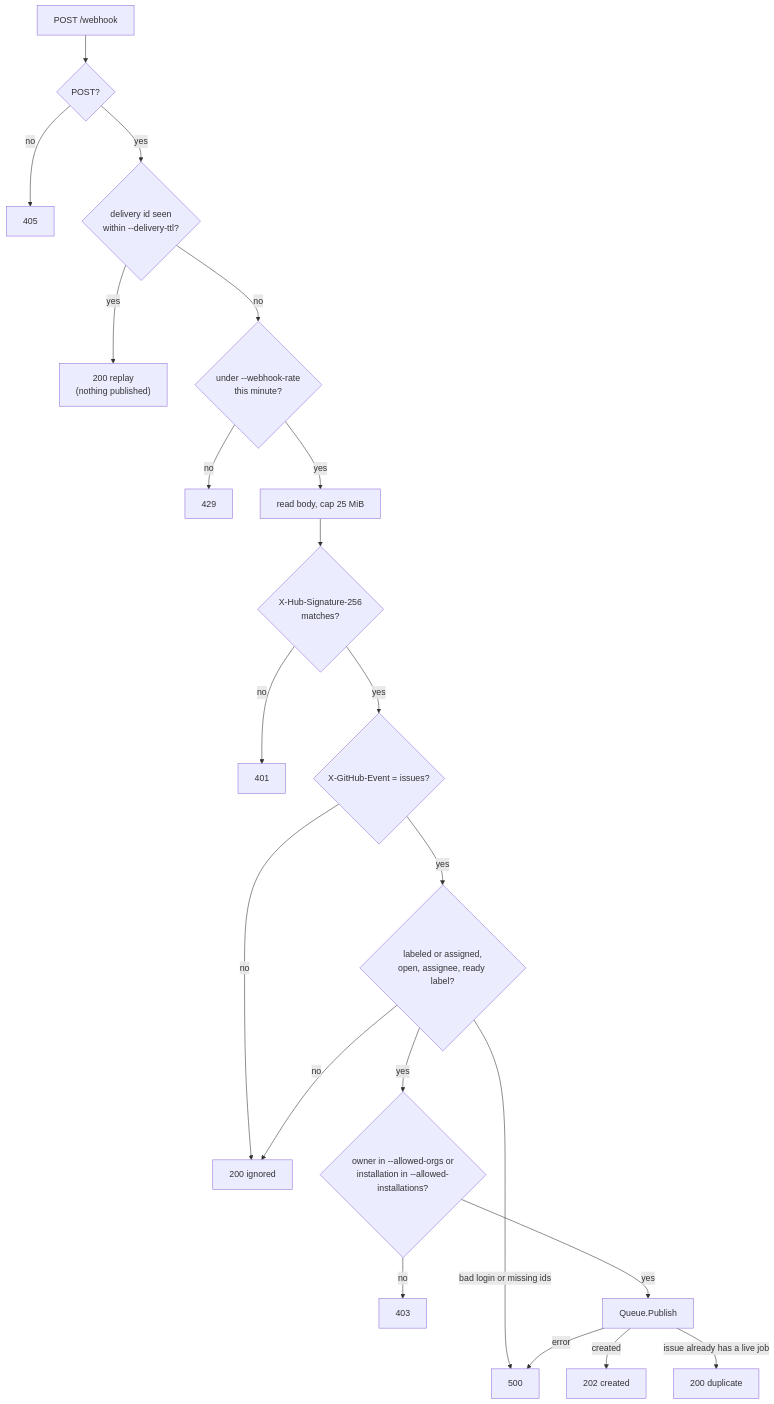
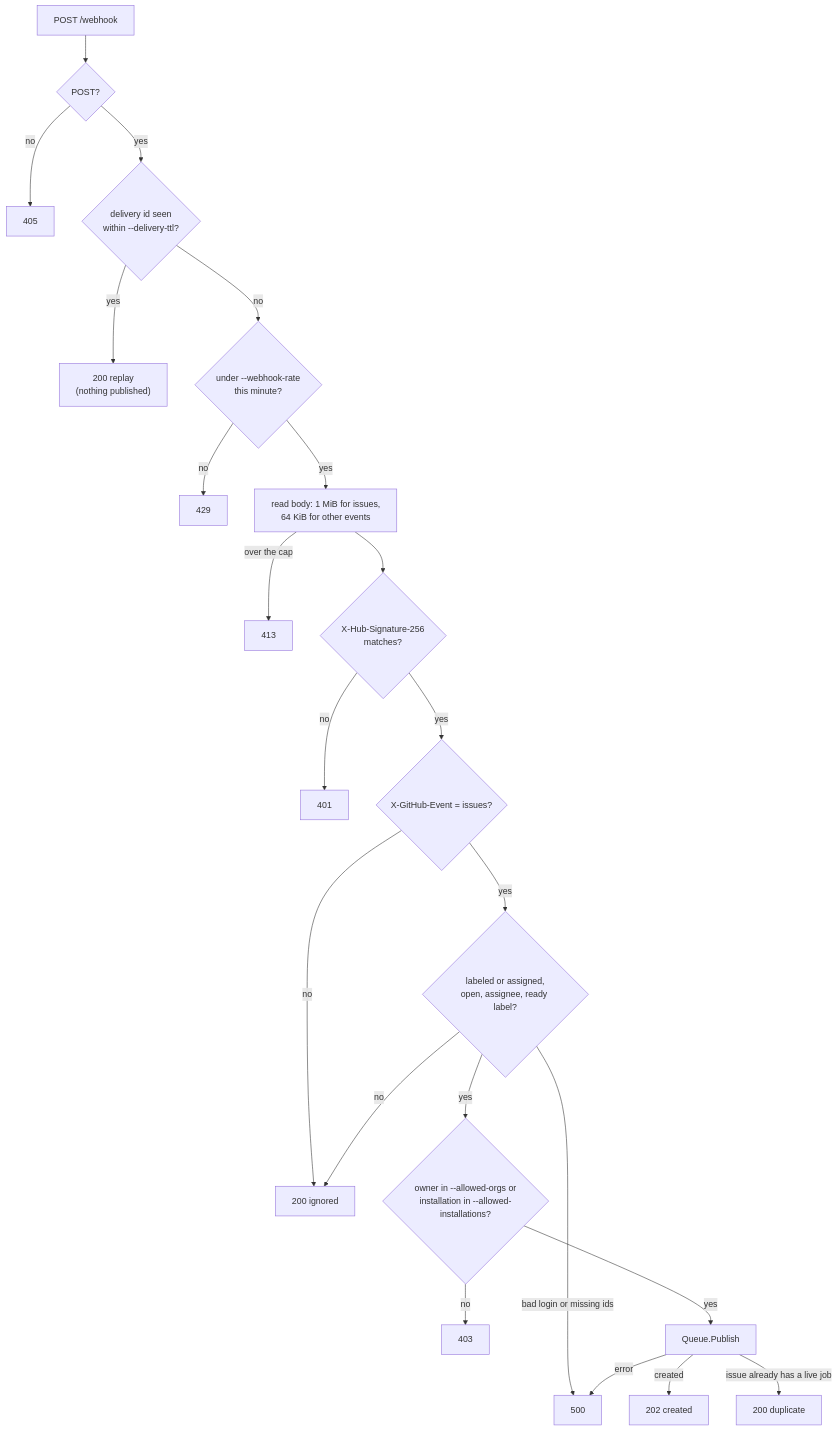
One commit to autobutler-org/schmeide changed the first of 2 diagrams in docs/architecture/control-node.md. Above: the diagram before and after it, drawn with Mermaid. The commit also changed other lines of this file and 6 other files, not shown here.

````diff
--- a/docs/architecture/control-node.md
+++ b/docs/architecture/control-node.md
@@ -63,23 +63,24 @@
 ```mermaid
 flowchart TD
     req["POST /webhook"] --> method{"POST?"}
     method -- no --> m405["405"]
     method -- yes --> replay{"delivery id seen<br/>within --delivery-ttl?"}
     replay -- yes --> r200["200 replay<br/>(nothing published)"]
     replay -- no --> rate{"under --webhook-rate<br/>this minute?"}
     rate -- no --> r429["429"]
-    rate -- yes --> body["read body, cap 25 MiB"]
+    rate -- yes --> body["read body: 1 MiB for issues,<br/>64 KiB for other events"]
+    body -- "over the cap" --> r413["413"]
     body --> sig{"X-Hub-Signature-256<br/>matches?"}
     sig -- no --> r401["401"]
     sig -- yes --> ev{"X-GitHub-Event = issues?"}
     ev -- no --> ign["200 ignored"]
     ev -- yes --> job{"labeled or assigned,<br/>open, assignee, ready label?"}
     job -- no --> ign
     job -- "bad login or missing ids" --> r500["500"]
     job -- yes --> allow{"owner in --allowed-orgs or<br/>installation in --allowed-installations?"}
     allow -- no --> r403["403"]
     allow -- yes --> pub["Queue.Publish"]
     pub -- created --> r202["202 created"]
     pub -- "issue already has a live job" --> dup["200 duplicate"]
     pub -- error --> r500
 ```
````
